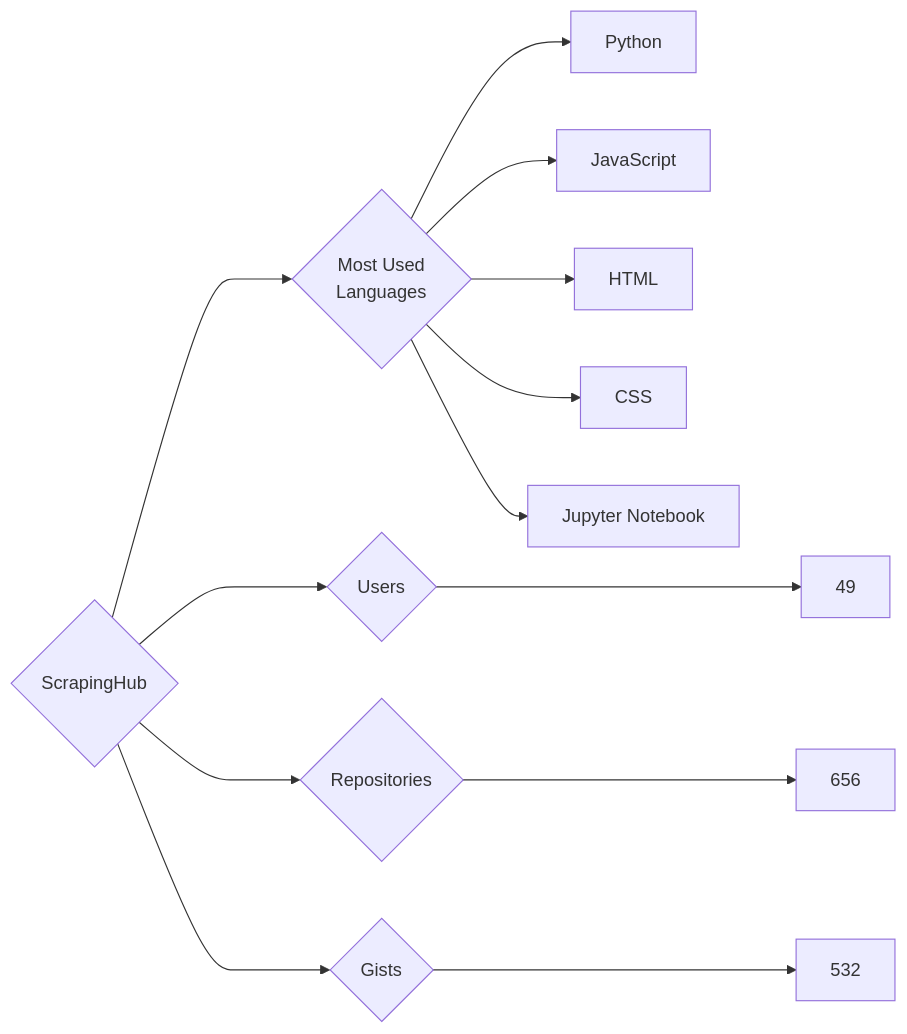
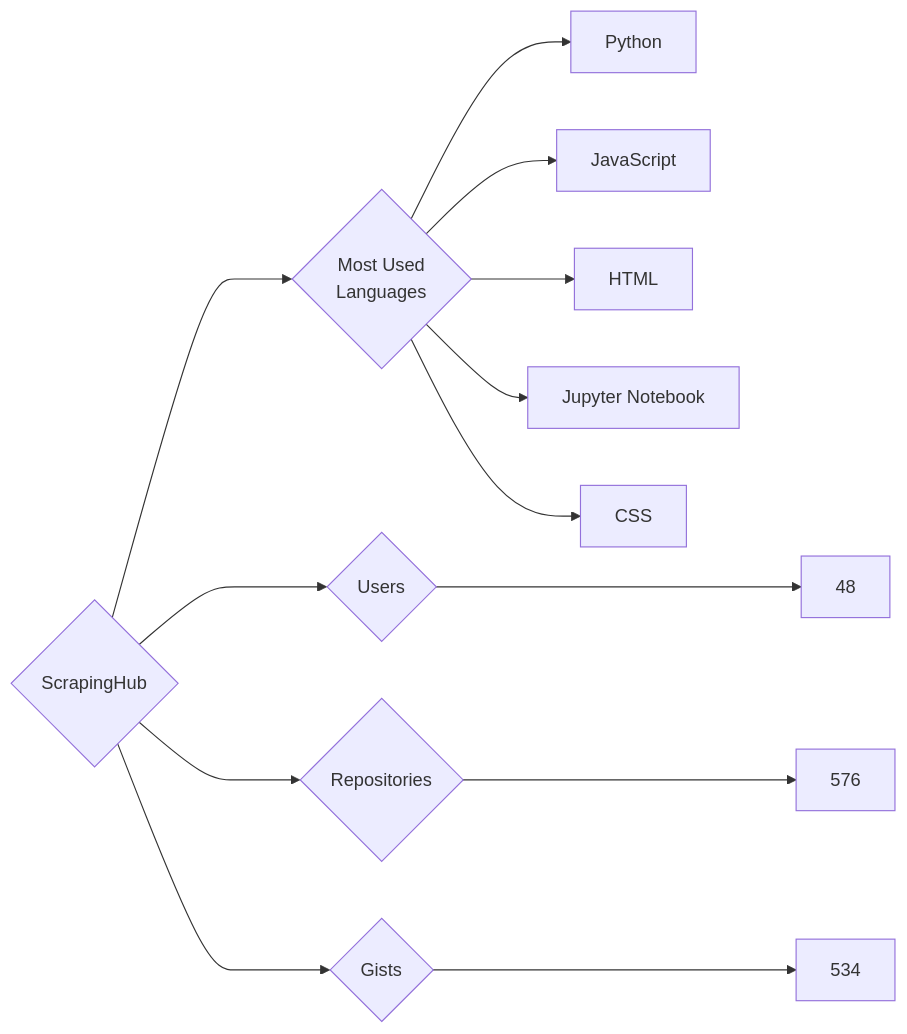
The diagram in targets/ScrapingHub/README.md (trickest/insiders), drawn with Mermaid before and after one commit. The commit also changed 814 other files, not shown here.

````diff
--- a/targets/ScrapingHub/README.md
+++ b/targets/ScrapingHub/README.md
@@ -3,13 +3,13 @@
 ```mermaid
 graph LR
 COMPANY_NAME{ScrapingHub}
-COMPANY_NAME ---> U{Users} ---> UN[49]
-COMPANY_NAME ---> R{Repositories} ---> RN[656]
-COMPANY_NAME ---> G{Gists} ---> GN[532]
+COMPANY_NAME ---> U{Users} ---> UN[48]
+COMPANY_NAME ---> R{Repositories} ---> RN[576]
+COMPANY_NAME ---> G{Gists} ---> GN[534]
 COMPANY_NAME ---> ML{Most Used<br>Languages}
 ML --> Python[Python]
 ML --> JavaScript[JavaScript]
 ML --> HTML[HTML]
+ML --> Jupyter_Notebook[Jupyter Notebook]
 ML --> CSS[CSS]
-ML --> Jupyter_Notebook[Jupyter Notebook]
 ```
````
